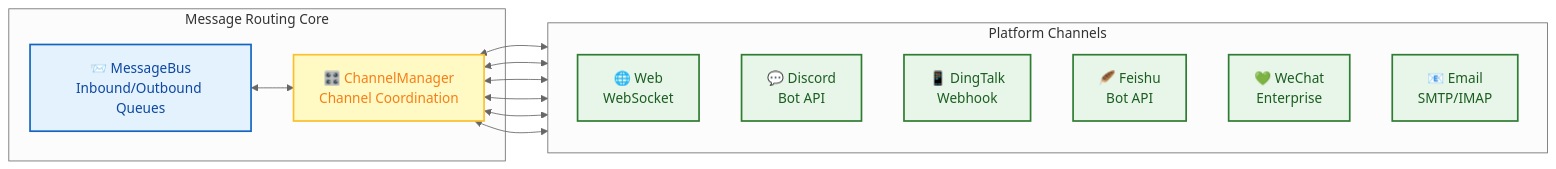
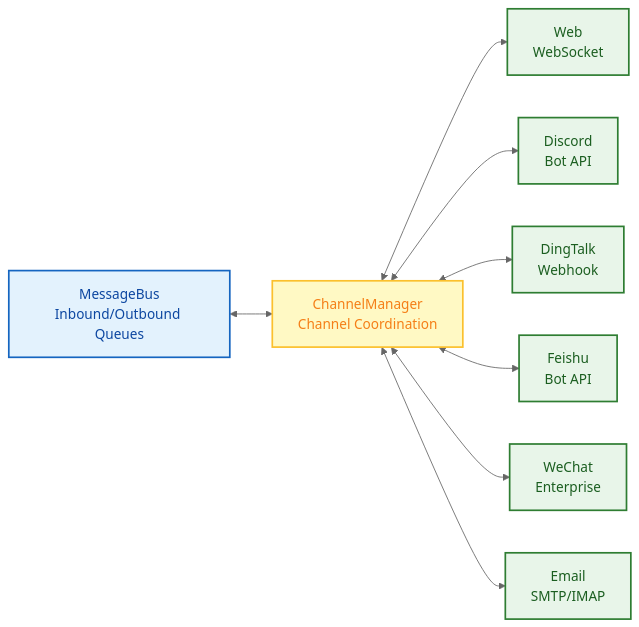
Before and after one commit to xt765/FinchBot: the seventh of 10 diagrams in docs/en-US/architecture.md, drawn with Mermaid (neutral theme). The commit also changed other lines of this file and 18 other files, not shown here.

First line of the commit message:
docs: 简化架构图并删除所有mermaid图中的表情包

````diff
--- a/docs/en-US/architecture.md
+++ b/docs/en-US/architecture.md
@@ -635,26 +557,19 @@
 ```mermaid
 flowchart LR
-    %% Style Definitions
     classDef bus fill:#e3f2fd,stroke:#1565c0,stroke-width:2px,color:#0d47a1;
     classDef manager fill:#fff9c4,stroke:#fbc02d,stroke-width:2px,color:#f57f17;
     classDef channel fill:#e8f5e9,stroke:#2e7d32,stroke-width:2px,color:#1b5e20;
 
-    subgraph Core [Message Routing Core]
-        Bus[📨 MessageBus<br/>Inbound/Outbound Queues]:::bus
-        CM[🎛️ ChannelManager<br/>Channel Coordination]:::manager
-    end
+    Bus[MessageBus<br/>Inbound/Outbound Queues]:::bus
+    CM[ChannelManager<br/>Channel Coordination]:::manager
 
-    subgraph Platforms [Platform Channels]
-        direction TB
-        Web[🌐 Web<br/>WebSocket]
-        Discord[💬 Discord<br/>Bot API]
-        DingTalk[📱 DingTalk<br/>Webhook]
-        Feishu[🪶 Feishu<br/>Bot API]
-        WeChat[💚 WeChat<br/>Enterprise]
-        Email[📧 Email<br/>SMTP/IMAP]
-    end
-    class Web,Discord,DingTalk,Feishu,WeChat,Email channel
+    Web[Web<br/>WebSocket]:::channel
+    Discord[Discord<br/>Bot API]:::channel
+    DingTalk[DingTalk<br/>Webhook]:::channel
+    Feishu[Feishu<br/>Bot API]:::channel
+    WeChat[WeChat<br/>Enterprise]:::channel
+    Email[Email<br/>SMTP/IMAP]:::channel
 
     Bus <--> CM
     CM <--> Web & Discord & DingTalk & Feishu & WeChat & Email
 ```
````
